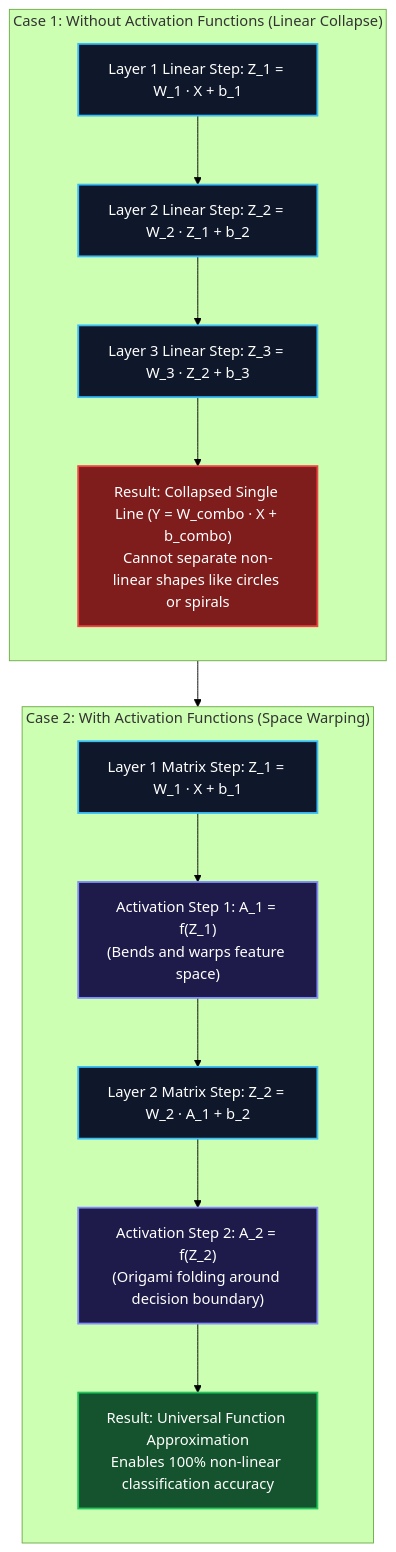
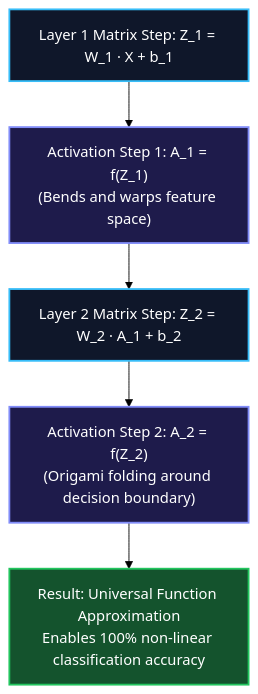
The second of 4 diagrams in contents/blog/0074-demystifying-activation-functions-non-linearity-types-use-cases/index.md (narenandu/narenvadapalli_dot_com), drawn with Mermaid (forest theme) before and after one commit. The commit also changed other lines of this file, not shown here.

````diff
--- a/contents/blog/0074-demystifying-activation-functions-non-linearity-types-use-cases/index.md
+++ b/contents/blog/0074-demystifying-activation-functions-non-linearity-types-use-cases/index.md
@@ -54,38 +75,18 @@
 ```mermaid
 flowchart TD
     direction TB
 
-    subgraph LinearStack ["Case 1: Without Activation Functions (Linear Collapse)"]
-        direction TB
-        L1["Layer 1 Linear Step: Z_1 = W_1 · X + b_1"]
-        L2["Layer 2 Linear Step: Z_2 = W_2 · Z_1 + b_2"]
-        L3["Layer 3 Linear Step: Z_3 = W_3 · Z_2 + b_3"]
-        COLLAPSE["Result: Collapsed Single Line (Y = W_combo · X + b_combo)<br/>Cannot separate non-linear shapes like circles or spirals"]
+    N1["Layer 1 Matrix Step: Z_1 = W_1 · X + b_1"]
+    ACT1["Activation Step 1: A_1 = f(Z_1)<br/>(Bends and warps feature space)"]
+    N2["Layer 2 Matrix Step: Z_2 = W_2 · A_1 + b_2"]
+    ACT2["Activation Step 2: A_2 = f(Z_2)<br/>(Origami folding around decision boundary)"]
+    WARP["Result: Universal Function Approximation<br/>Enables 100% non-linear classification accuracy"]
 
-        L1 --> L2 --> L3 --> COLLAPSE
-    end
-
-    subgraph NonLinearStack ["Case 2: With Activation Functions (Space Warping)"]
-        direction TB
-        N1["Layer 1 Matrix Step: Z_1 = W_1 · X + b_1"]
-        ACT1["Activation Step 1: A_1 = f(Z_1)<br/>(Bends and warps feature space)"]
-        N2["Layer 2 Matrix Step: Z_2 = W_2 · A_1 + b_2"]
-        ACT2["Activation Step 2: A_2 = f(Z_2)<br/>(Origami folding around decision boundary)"]
-        WARP["Result: Universal Function Approximation<br/>Enables 100% non-linear classification accuracy"]
-
-        N1 --> ACT1 --> N2 --> ACT2 --> WARP
-    end
-
-    LinearStack --> NonLinearStack
-
-    style L1 fill:#0f172a,stroke:#38bdf8,stroke-width:2px,color:#ffffff
-    style L2 fill:#0f172a,stroke:#38bdf8,stroke-width:2px,color:#ffffff
-    style L3 fill:#0f172a,stroke:#38bdf8,stroke-width:2px,color:#ffffff
-    style COLLAPSE fill:#7f1d1d,stroke:#ef4444,stroke-width:2px,color:#ffffff
+    N1 --> ACT1 --> N2 --> ACT2 --> WARP
 
     style N1 fill:#0f172a,stroke:#38bdf8,stroke-width:2px,color:#ffffff
     style ACT1 fill:#1e1b4b,stroke:#818cf8,stroke-width:2px,color:#ffffff
     style N2 fill:#0f172a,stroke:#38bdf8,stroke-width:2px,color:#ffffff
     style ACT2 fill:#1e1b4b,stroke:#818cf8,stroke-width:2px,color:#ffffff
     style WARP fill:#14532d,stroke:#22c55e,stroke-width:2px,color:#ffffff
 ```
````
